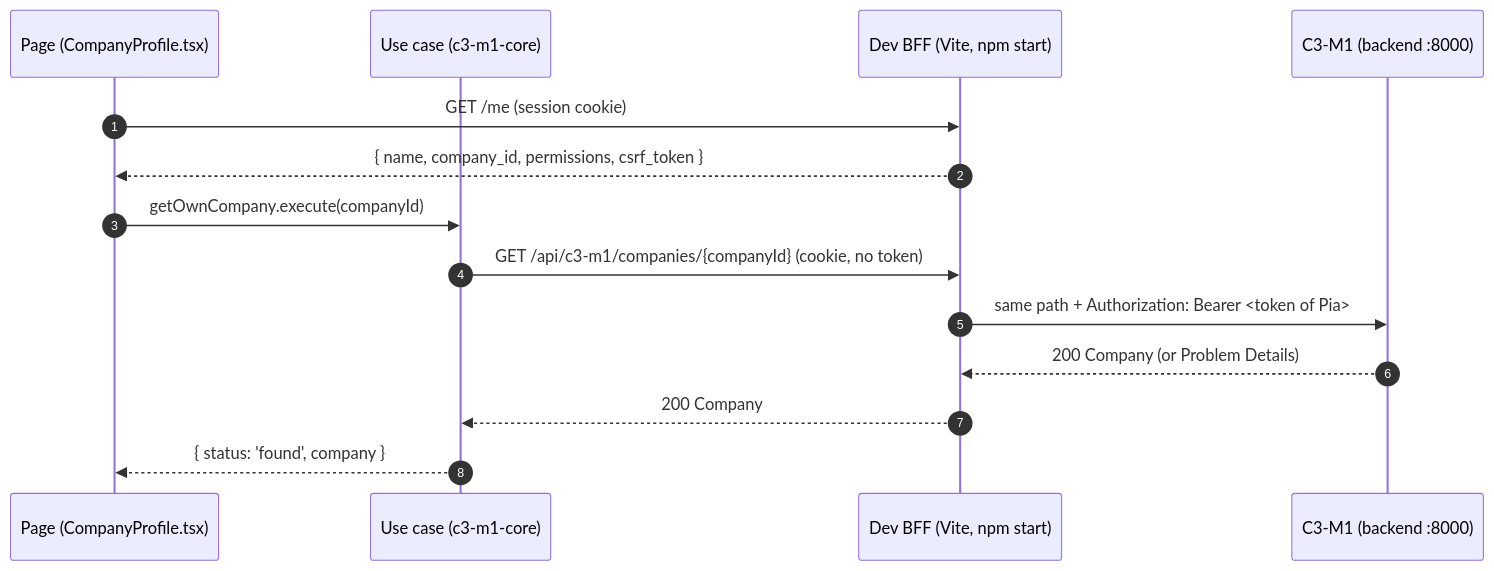
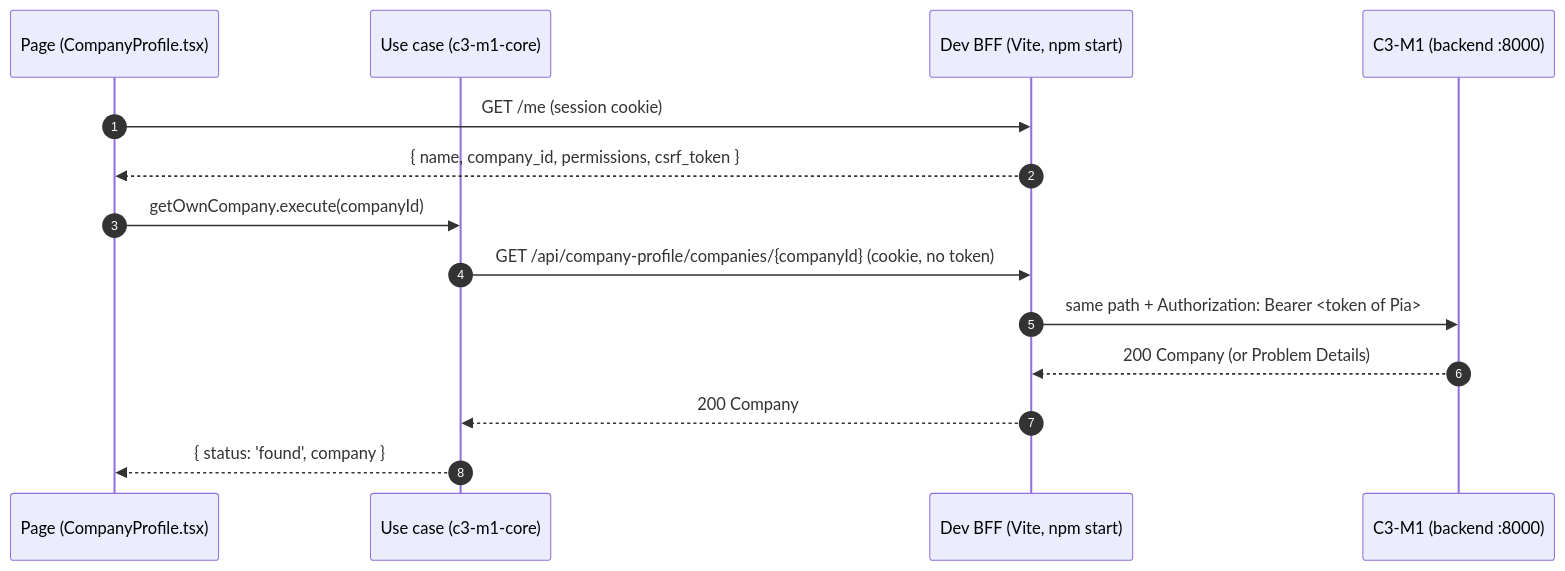
The diagram in docs/developers/integrate-a-backend-module.md (eclipse-tractusx/dataspace-mgm-ui), drawn with Mermaid before and after one commit. The commit also changed other lines of this file and 41 other files, not shown here.

````diff
--- a/docs/developers/integrate-a-backend-module.md
+++ b/docs/developers/integrate-a-backend-module.md
@@ -55,16 +55,16 @@
 ```mermaid
 sequenceDiagram
     autonumber
     participant P as Page (CompanyProfile.tsx)
     participant U as Use case (c3-m1-core)
     participant B as Dev BFF (Vite, npm start)
     participant M as C3-M1 (backend :8000)
     P->>B: GET /me (session cookie)
     B-->>P: { name, company_id, permissions, csrf_token }
     P->>U: getOwnCompany.execute(companyId)
-    U->>B: GET /api/c3-m1/companies/{companyId} (cookie, no token)
+    U->>B: GET /api/company-profile/companies/{companyId} (cookie, no token)
     B->>M: same path + Authorization: Bearer <token of Pia>
     M-->>B: 200 Company (or Problem Details)
     B-->>U: 200 Company
     U-->>P: { status: 'found', company }
 ```
````
